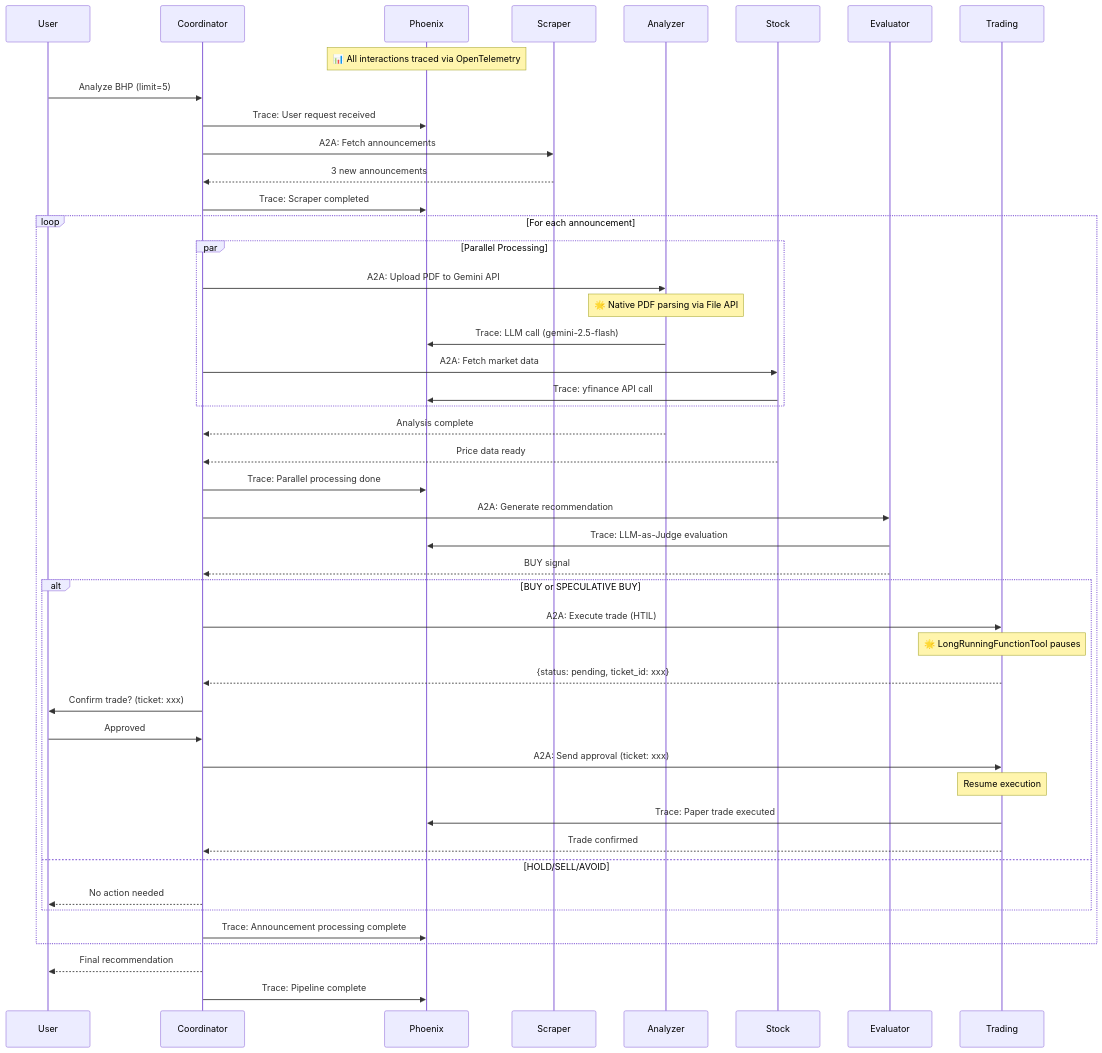
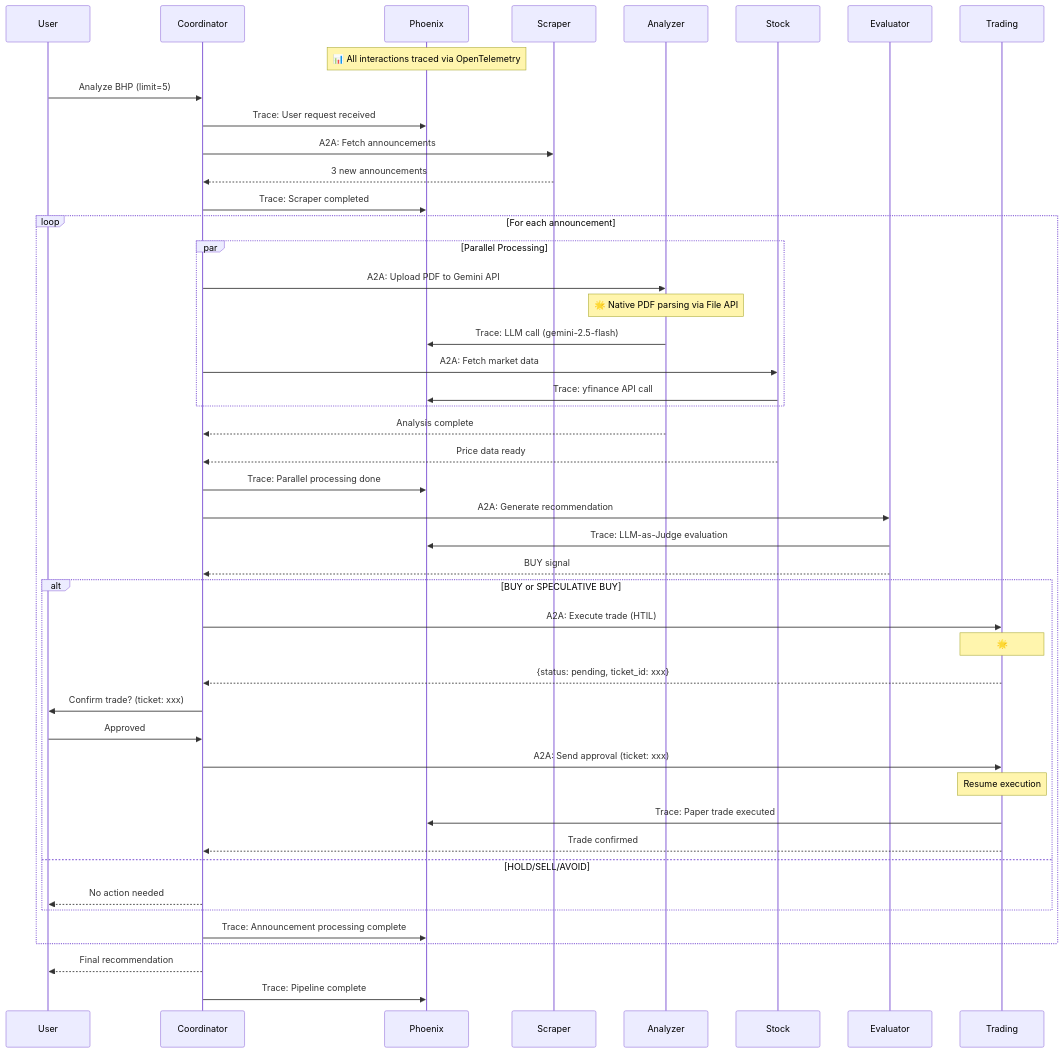
Before and after one commit to tanveeruddin/athena_intelligence: the diagram in README.md, drawn with Mermaid. The commit also changed other lines of this file and 7 other files, not shown here.

````diff
--- a/README.md
+++ b/README.md
@@ -162,56 +160,56 @@
 ```mermaid
 sequenceDiagram
     participant User
     participant Coordinator
     participant Phoenix
     participant Scraper
     participant Analyzer
     participant Stock
     participant Evaluator
     participant Trading
 
     Note over Phoenix: 📊 All interactions traced via OpenTelemetry
 
     User->>Coordinator: Analyze BHP (limit=5)
     Coordinator->>Phoenix: Trace: User request received
     Coordinator->>Scraper: A2A: Fetch announcements
     Scraper-->>Coordinator: 3 new announcements
     Coordinator->>Phoenix: Trace: Scraper completed
 
     loop For each announcement
         par Parallel Processing
             Coordinator->>Analyzer: A2A: Upload PDF to Gemini API
             Note over Analyzer: 🌟 Native PDF parsing via File API
             Analyzer->>Phoenix: Trace: LLM call (gemini-2.5-flash)
             Coordinator->>Stock: A2A: Fetch market data
             Stock->>Phoenix: Trace: yfinance API call
         end
 
         Analyzer-->>Coordinator: Analysis complete
         Stock-->>Coordinator: Price data ready
         Coordinator->>Phoenix: Trace: Parallel processing done
 
         Coordinator->>Evaluator: A2A: Generate recommendation
         Evaluator->>Phoenix: Trace: LLM-as-Judge evaluation
         Evaluator-->>Coordinator: BUY signal
 
         alt BUY or SPECULATIVE BUY
             Coordinator->>Trading: A2A: Execute trade (HTIL)
-            Note over Trading: 🌟 LongRunningFunctionTool pauses
+            Note over Trading: 🌟
             Trading-->>Coordinator: {status: pending, ticket_id: xxx}
             Coordinator->>User: Confirm trade? (ticket: xxx)
             User->>Coordinator: Approved
             Coordinator->>Trading: A2A: Send approval (ticket: xxx)
             Note over Trading: Resume execution
             Trading->>Phoenix: Trace: Paper trade executed
             Trading-->>Coordinator: Trade confirmed
         else HOLD/SELL/AVOID
             Coordinator-->>User: No action needed
         end
 
         Coordinator->>Phoenix: Trace: Announcement processing complete
     end
 
     Coordinator-->>User: Final recommendation
     Coordinator->>Phoenix: Trace: Pipeline complete
 ```
````
